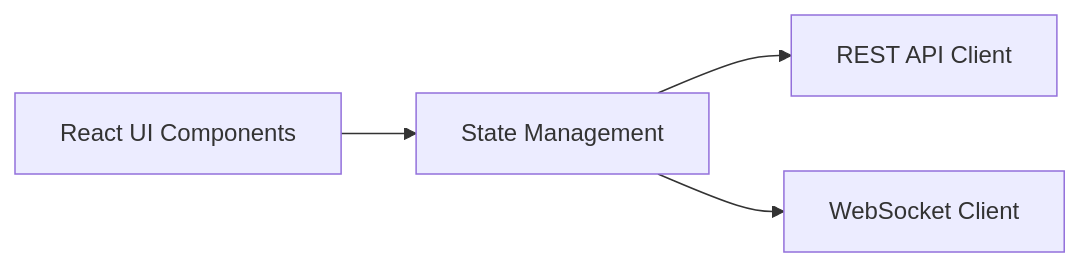
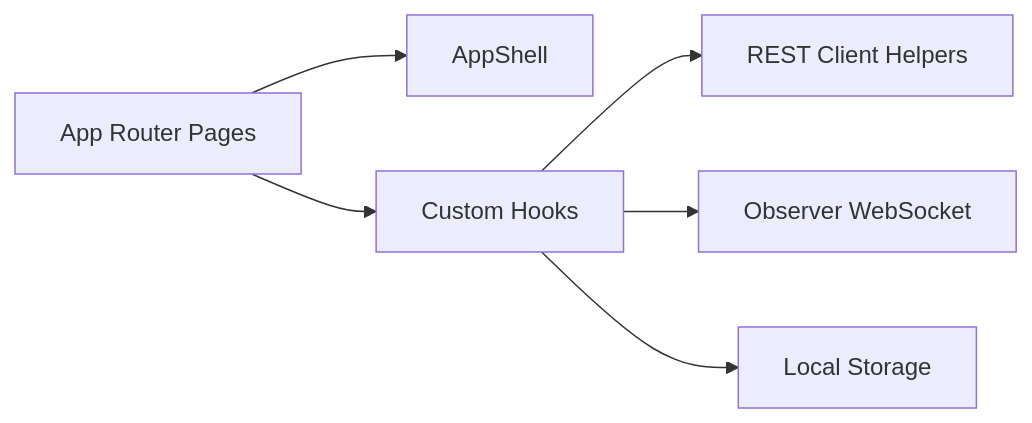
One commit to OceanStar88/Sagent changed the diagram in docs/6__Frontend-System-Design.md. Above: the diagram before and after it, drawn with Mermaid. The commit also changed other lines of this file and 181 other files, not shown here.

````diff
--- a/docs/6__Frontend-System-Design.md
+++ b/docs/6__Frontend-System-Design.md
@@ -28,11 +30,15 @@
 ```mermaid
 flowchart LR
-    UI[React UI Components]
-    State[State Management]
-    API[REST API Client]
-    WS[WebSocket Client]
+    Routes[App Router Pages]
+    Shell[AppShell]
+    Hooks[Custom Hooks]
+    API[REST Client Helpers]
+    WS[Observer WebSocket]
+    Storage[Local Storage]
 
-    UI --> State
-    State --> API
-    State --> WS
+    Routes --> Shell
+    Routes --> Hooks
+    Hooks --> API
+    Hooks --> WS
+    Hooks --> Storage
 ```
````
